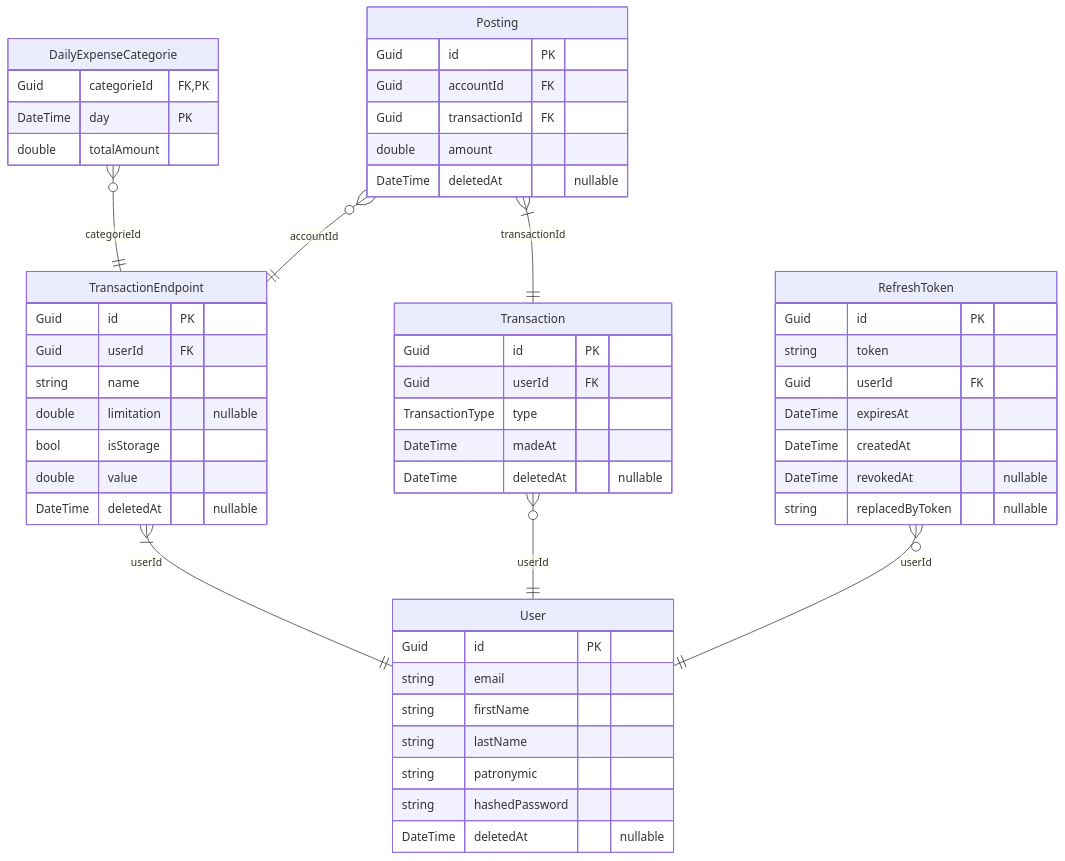
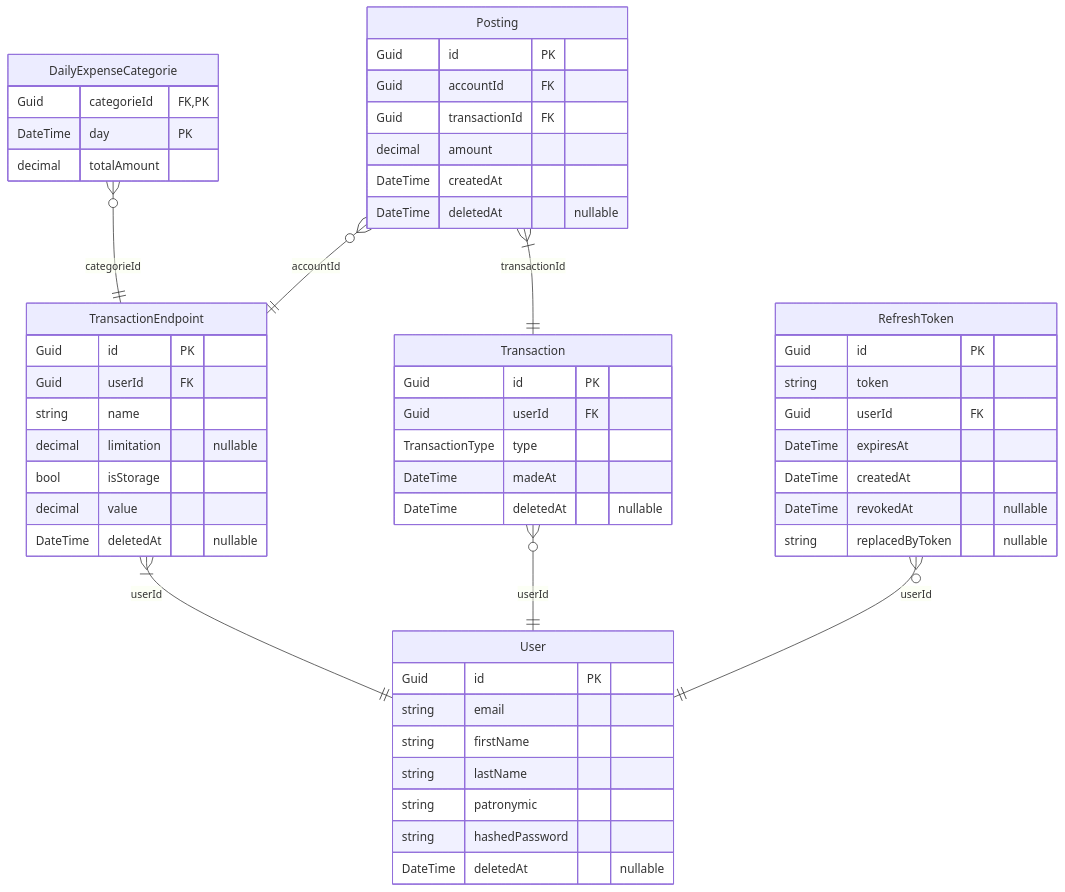
The diagram in bd.md (Pipotka/SmartWallet), drawn with Mermaid before and after one commit. The commit also changed 1 other file, not shown here.

Commit message:
Update ERD in README and bd.md for Posting model
- Replace old Transaction (SourceAccountId/DestinationAccountId/Amount) with Posting-based double-entry, DailyExpenseCategorie, decimal money types, Posting.CreatedAt
- Sync both diagrams to current schema

````diff
--- a/bd.md
+++ b/bd.md
@@ -1,60 +1,61 @@
 ```mermaid
 erDiagram
     DailyExpenseCategorie }o--|| TransactionEndpoint : categorieId
     DailyExpenseCategorie {
         Guid categorieId FK,PK
         DateTime day PK
-        double totalAmount
+        decimal totalAmount
     }
 
     TransactionEndpoint }|--|| User : userId
     TransactionEndpoint {
         Guid id PK
         Guid userId FK
         string name
-        double limitation "nullable"
+        decimal limitation "nullable"
         bool isStorage
-        double value
+        decimal value
         DateTime deletedAt "nullable"
     }
 
     Transaction }o--|| User : userId
     Transaction {
         Guid id PK
         Guid userId FK
         TransactionType type
         DateTime madeAt
         DateTime deletedAt "nullable"
     }
 
     Posting }o--|| TransactionEndpoint : accountId
     Posting }|--|| Transaction : transactionId
     Posting {
         Guid id PK
         Guid accountId FK
         Guid transactionId FK
-        double amount
+        decimal amount
+        DateTime createdAt
         DateTime deletedAt "nullable"
     }
   
     User {
         Guid id PK
         string email
         string firstName
         string lastName
         string patronymic
         string hashedPassword
         DateTime deletedAt "nullable"
     }
 
     RefreshToken }o--|| User : userId
     RefreshToken {
         Guid id PK
         string token
         Guid userId FK
         DateTime expiresAt
         DateTime createdAt
         DateTime revokedAt "nullable"
         string replacedByToken "nullable"
     }
 ```
````
